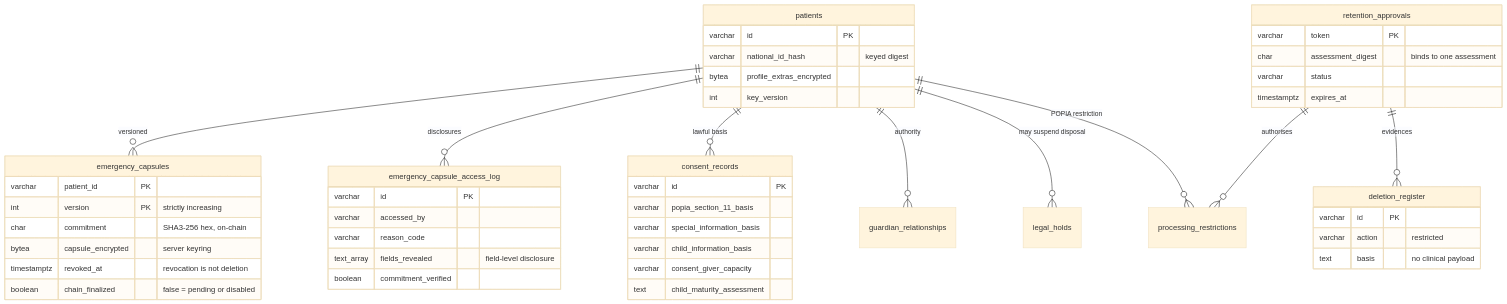
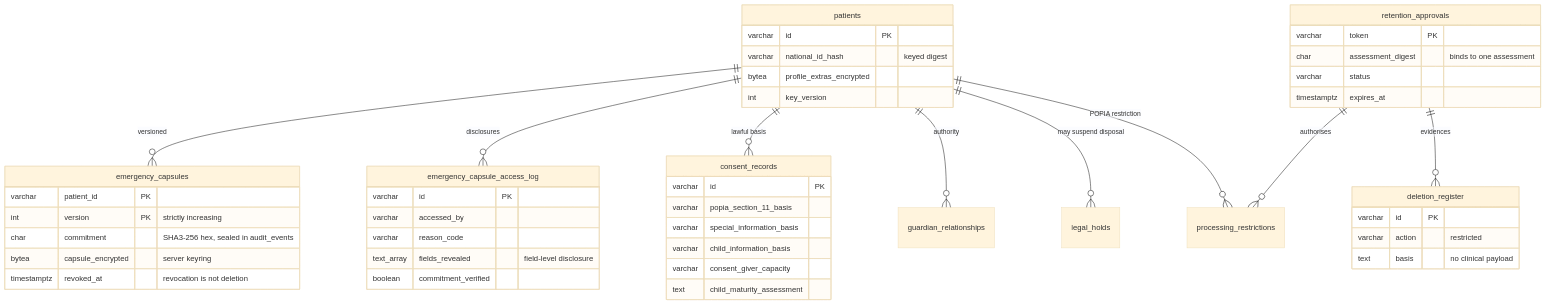
Before and after one commit to Lukau-Tech-Invasion/medichain: the eighth of 9 diagrams in docs/architecture.md, drawn with Mermaid (base theme). The commit also changed other lines of this file and 244 other files, not shown here.

````diff
--- a/docs/architecture.md
+++ b/docs/architecture.md
@@ -366,52 +365,51 @@
 ```mermaid
 erDiagram
     patients ||--o{ emergency_capsules : "versioned"
     patients ||--o{ emergency_capsule_access_log : "disclosures"
     patients ||--o{ consent_records : "lawful basis"
     patients ||--o{ guardian_relationships : "authority"
     patients ||--o{ legal_holds : "may suspend disposal"
     patients ||--o{ processing_restrictions : "POPIA restriction"
     retention_approvals ||--o{ processing_restrictions : "authorises"
     retention_approvals ||--o{ deletion_register : "evidences"
 
     patients {
         varchar id PK
         varchar national_id_hash "keyed digest"
         bytea profile_extras_encrypted
         int key_version
     }
     emergency_capsules {
         varchar patient_id PK
         int version PK "strictly increasing"
-        char commitment "SHA3-256 hex, on-chain"
+        char commitment "SHA3-256 hex, sealed in audit_events"
         bytea capsule_encrypted "server keyring"
         timestamptz revoked_at "revocation is not deletion"
-        boolean chain_finalized "false = pending or disabled"
     }
     emergency_capsule_access_log {
         varchar id PK
         varchar accessed_by
         varchar reason_code
         text_array fields_revealed "field-level disclosure"
         boolean commitment_verified
     }
     consent_records {
         varchar id PK
         varchar popia_section_11_basis
         varchar special_information_basis
         varchar child_information_basis
         varchar consent_giver_capacity
         text child_maturity_assessment
     }
     retention_approvals {
         varchar token PK
         char assessment_digest "binds to one assessment"
         varchar status
         timestamptz expires_at
     }
     deletion_register {
         varchar id PK
         varchar action "restricted"
         text basis "no clinical payload"
     }
 ```
````
